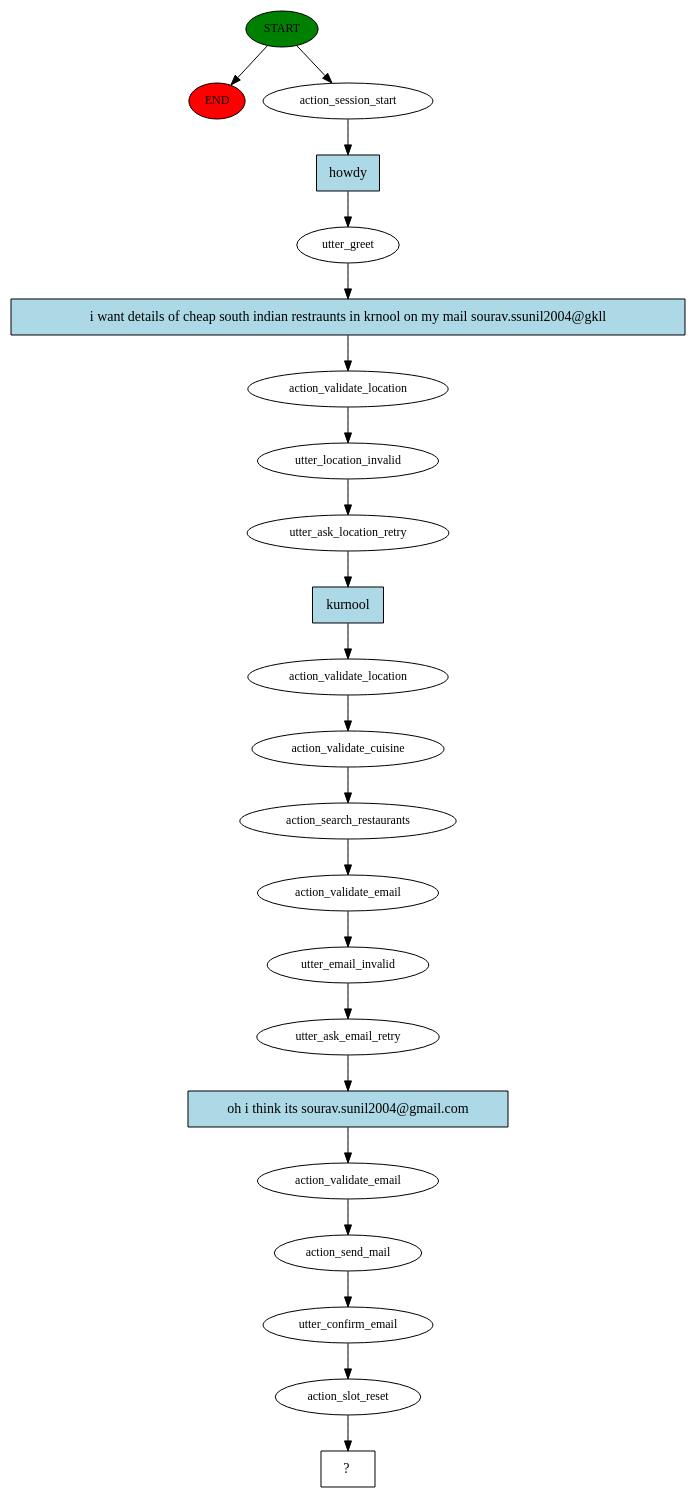
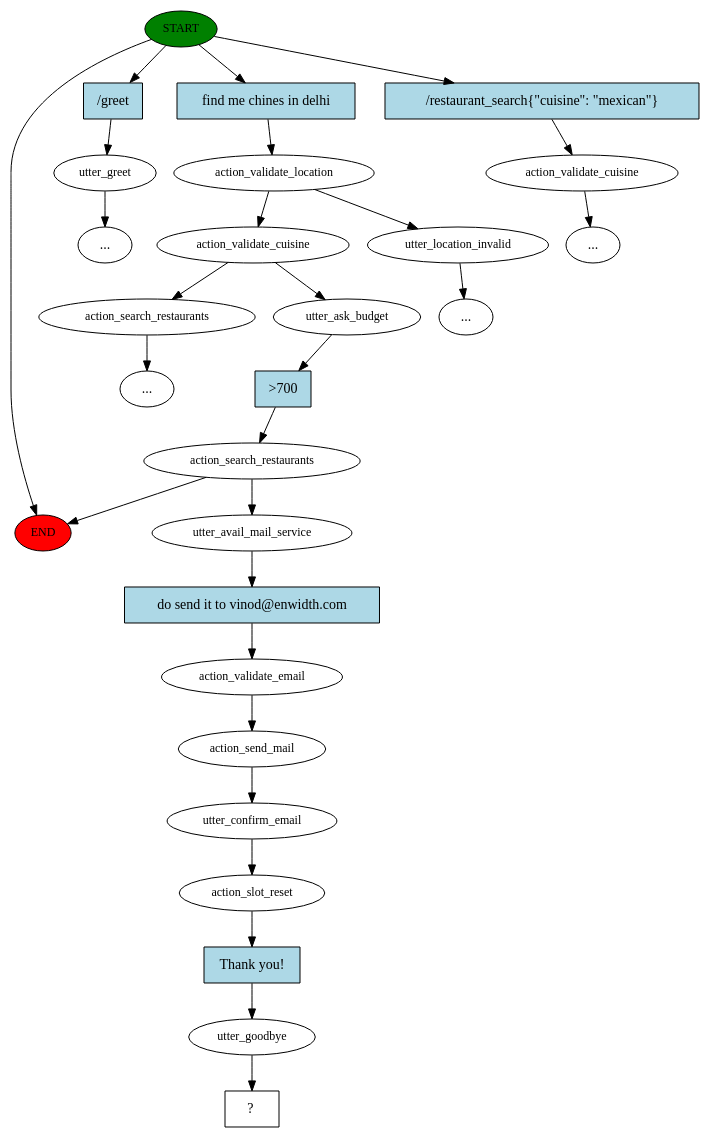
Before and after one commit to thegreatluka/zomato-bot: the diagram in story_graph.dot, drawn with Graphviz. The commit also changed 13 other files, not shown here.

```diff
--- a/story_graph.dot
+++ b/story_graph.dot
@@ -1,45 +1,56 @@
 digraph  {
 0 [class="start active", fillcolor=green, fontsize=12, label=START, style=filled];
 "-1" [class=end, fillcolor=red, fontsize=12, label=END, style=filled];
-1 [class=active, fontsize=12, label=action_session_start];
-2 [class=active, fontsize=12, label=utter_greet];
-3 [class=active, fontsize=12, label=action_validate_location];
-4 [class=active, fontsize=12, label=utter_location_invalid];
-5 [class=active, fontsize=12, label=utter_ask_location_retry];
-6 [class=active, fontsize=12, label=action_validate_location];
-7 [class=active, fontsize=12, label=action_validate_cuisine];
-8 [class=active, fontsize=12, label=action_search_restaurants];
-9 [class=active, fontsize=12, label=action_validate_email];
-10 [class=active, fontsize=12, label=utter_email_invalid];
-11 [class=active, fontsize=12, label=utter_ask_email_retry];
-12 [class=active, fontsize=12, label=action_validate_email];
-13 [class=active, fontsize=12, label=action_send_mail];
-14 [class=active, fontsize=12, label=utter_confirm_email];
-15 [class=active, fontsize=12, label=action_slot_reset];
-16 [class="intent dashed active", label="  ?  ", shape=rect];
-17 [class="intent active", fillcolor=lightblue, label=howdy, shape=rect, style=filled];
-18 [class="intent active", fillcolor=lightblue, label="i want details of cheap south indian restraunts in krnool on my mail sourav.ssunil2004@gkll", shape=rect, style=filled];
-19 [class="intent active", fillcolor=lightblue, label=kurnool, shape=rect, style=filled];
-20 [class="intent active", fillcolor=lightblue, label="oh i think its sourav.sunil2004@gmail.com", shape=rect, style=filled];
+1 [class="", fontsize=12, label=utter_greet];
+"-5" [class=ellipsis, label="..."];
+4 [class=active, fontsize=12, label=action_validate_location];
+5 [class=active, fontsize=12, label=action_validate_cuisine];
+6 [class="", fontsize=12, label=action_search_restaurants];
+"-6" [class=ellipsis, label="..."];
+7 [class="", fontsize=12, label=action_validate_cuisine];
+9 [class="", fontsize=12, label=utter_location_invalid];
+"-8" [class=ellipsis, label="..."];
+"-12" [class=ellipsis, label="..."];
+16 [class=active, fontsize=12, label=utter_ask_budget];
+17 [class=active, fontsize=12, label=action_search_restaurants];
+26 [class=active, fontsize=12, label=utter_avail_mail_service];
+27 [class=active, fontsize=12, label=action_validate_email];
+28 [class=active, fontsize=12, label=action_send_mail];
+29 [class=active, fontsize=12, label=utter_confirm_email];
+30 [class=active, fontsize=12, label=action_slot_reset];
+31 [class=active, fontsize=12, label=utter_goodbye];
+32 [class="intent dashed active", label="  ?  ", shape=rect];
+33 [class=intent, fillcolor=lightblue, label="/greet", shape=rect, style=filled];
+34 [class="intent active", fillcolor=lightblue, label="find me chines in delhi", shape=rect, style=filled];
+35 [class=intent, fillcolor=lightblue, label="/restaurant_search{\"cuisine\": \"mexican\"}", shape=rect, style=filled];
+36 [class="intent active", fillcolor=lightblue, label=">700", shape=rect, style=filled];
+37 [class="intent active", fillcolor=lightblue, label="do send it to vinod@enwidth.com", shape=rect, style=filled];
+38 [class="intent active", fillcolor=lightblue, label="Thank you!", shape=rect, style=filled];
 0 -> "-1"  [class="", key=NONE, label=""];
-0 -> 1  [class=active, key=NONE, label=""];
-1 -> 17  [class=active, key=0];
-2 -> 18  [class=active, key=0];
-3 -> 4  [class=active, key=NONE, label=""];
+0 -> 33  [class="", key=0];
+0 -> 34  [class=active, key=0];
+0 -> 35  [class="", key=0];
+1 -> "-5"  [class="", key=NONE, label=""];
 4 -> 5  [class=active, key=NONE, label=""];
-5 -> 19  [class=active, key=0];
-6 -> 7  [class=active, key=NONE, label=""];
-7 -> 8  [class=active, key=NONE, label=""];
-8 -> 9  [class=active, key=NONE, label=""];
-9 -> 10  [class=active, key=NONE, label=""];
-10 -> 11  [class=active, key=NONE, label=""];
-11 -> 20  [class=active, key=0];
-12 -> 13  [class=active, key=NONE, label=""];
-13 -> 14  [class=active, key=NONE, label=""];
-14 -> 15  [class=active, key=NONE, label=""];
-15 -> 16  [class=active, key=NONE, label=""];
-17 -> 2  [class=active, key=0];
-18 -> 3  [class=active, key=0];
-19 -> 6  [class=active, key=0];
-20 -> 12  [class=active, key=0];
+4 -> 9  [class="", key=NONE, label=""];
+5 -> 6  [class="", key=NONE, label=""];
+5 -> 16  [class=active, key=NONE, label=""];
+6 -> "-6"  [class="", key=NONE, label=""];
+7 -> "-12"  [class="", key=NONE, label=""];
+9 -> "-8"  [class="", key=NONE, label=""];
+16 -> 36  [class=active, key=0];
+17 -> "-1"  [class="", key=NONE, label=""];
+17 -> 26  [class=active, key=NONE, label=""];
+26 -> 37  [class=active, key=0];
+27 -> 28  [class=active, key=NONE, label=""];
+28 -> 29  [class=active, key=NONE, label=""];
+29 -> 30  [class=active, key=NONE, label=""];
+30 -> 38  [class=active, key=0];
+31 -> 32  [class=active, key=NONE, label=""];
+33 -> 1  [class="", key=0];
+34 -> 4  [class=active, key=0];
+35 -> 7  [class="", key=0];
+36 -> 17  [class=active, key=0];
+37 -> 27  [class=active, key=0];
+38 -> 31  [class=active, key=0];
 }
```
